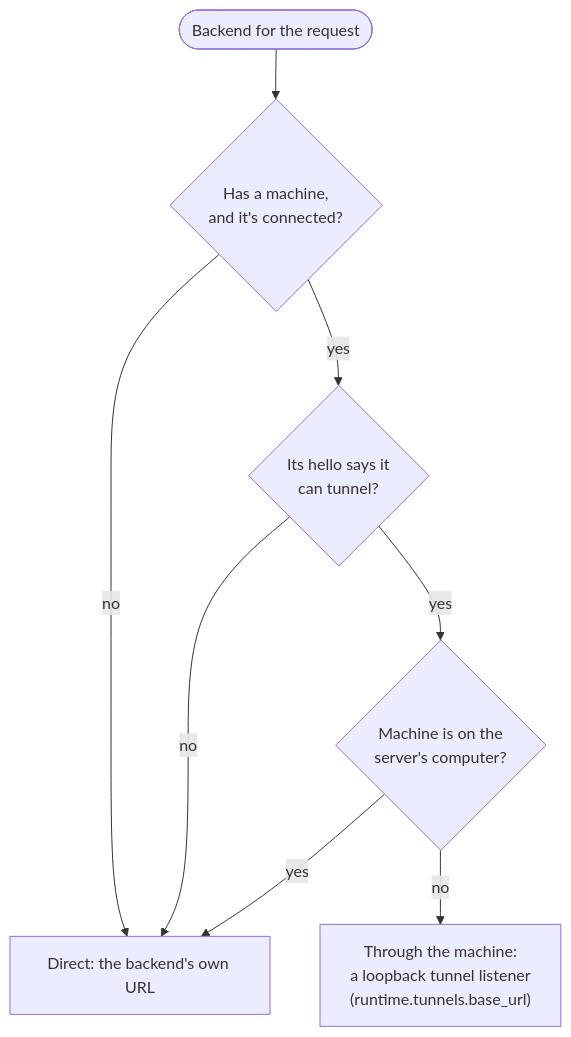
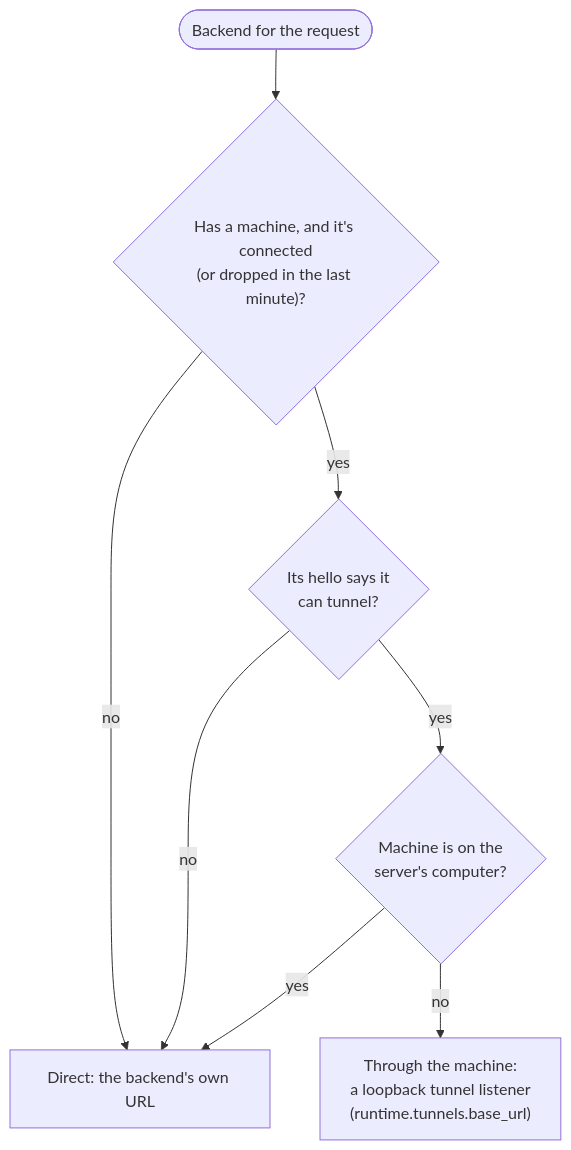
One commit to joeyenfield/ai-coding-agent-proxy changed the second of 4 diagrams in docs/networking.md. Above: the diagram before and after it, drawn with Mermaid. The commit also changed other lines of this file and 20 other files, not shown here.

Commit message:
Tunnels renew their token and wait for a reconnecting machine, reads are retried across a reconnect, and Ask a model picks a dropped reply back up

````diff
--- a/docs/networking.md
+++ b/docs/networking.md
@@ -142,10 +142,10 @@
 ```mermaid
 flowchart TD
-  start(["Backend for the request"]) --> q1{"Has a machine,<br/>and it's connected?"}
+  start(["Backend for the request"]) --> q1{"Has a machine, and it's connected<br/>(or dropped in the last minute)?"}
   q1 -- no --> direct["Direct: the backend's own URL"]
   q1 -- yes --> q2{"Its hello says it<br/>can tunnel?"}
   q2 -- no --> direct
   q2 -- yes --> q3{"Machine is on the<br/>server's computer?"}
   q3 -- yes --> direct
   q3 -- no --> tunnel["Through the machine:<br/>a loopback tunnel listener<br/>(runtime.tunnels.base_url)"]
 ```
````
